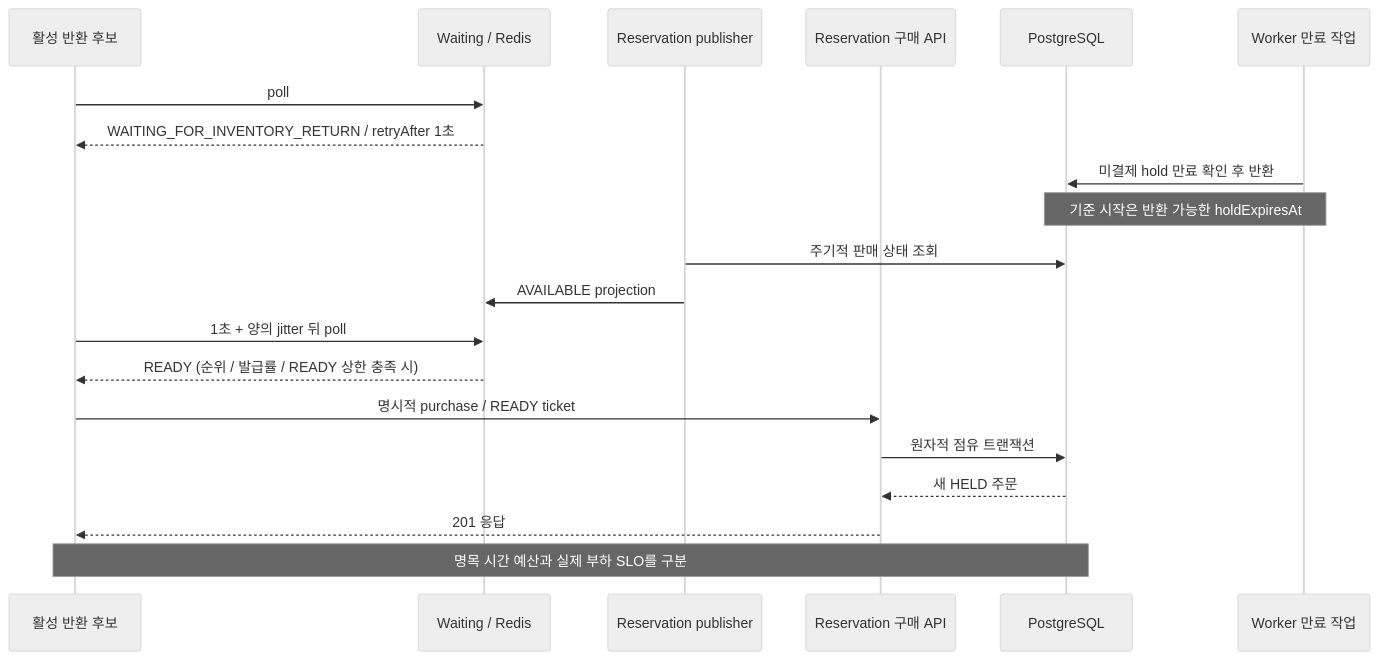
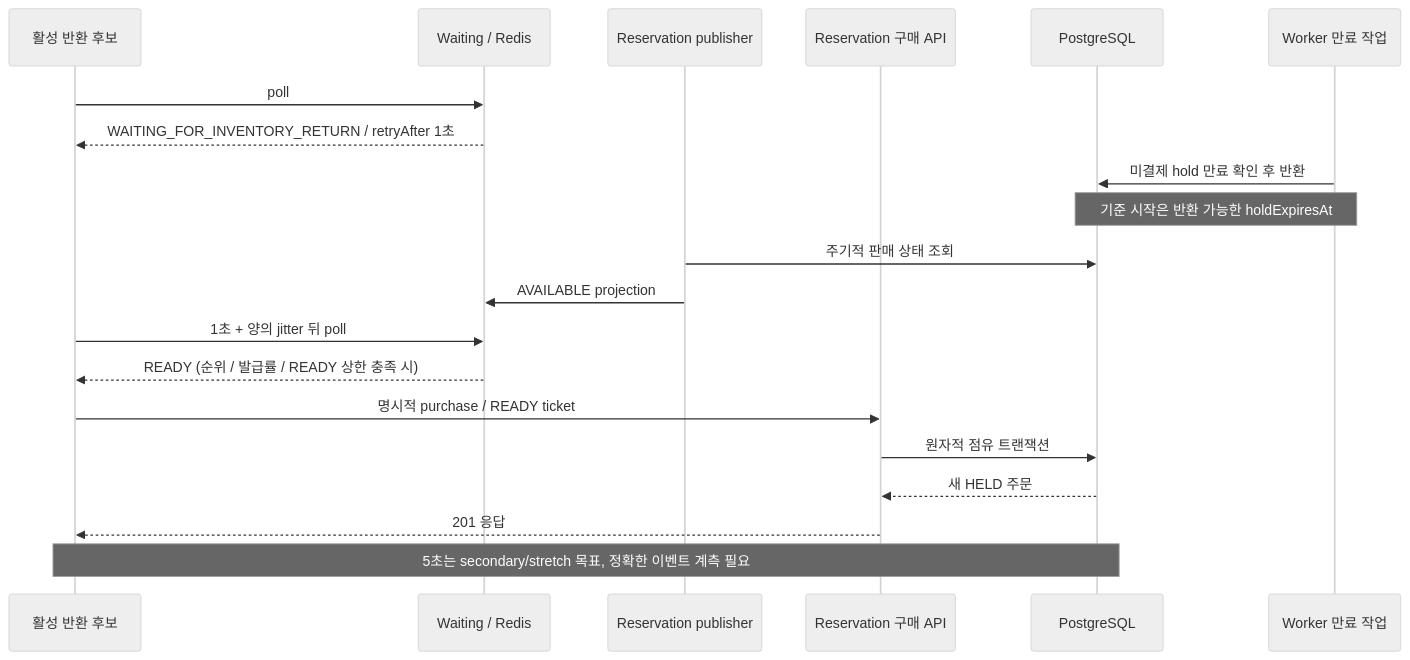
One commit to tldnr1/limited-goods-reservation changed the seventh of 7 diagrams in docs/target-v1-load-scenario.md. Above: the diagram before and after it, drawn with Mermaid (neutral theme). The commit also changed other lines of this file and 4 other files, not shown here.

````diff
--- a/docs/target-v1-load-scenario.md
+++ b/docs/target-v1-load-scenario.md
@@ -142,22 +174,22 @@
 ```mermaid
 sequenceDiagram
   participant B as 활성 반환 후보
   participant W as Waiting / Redis
   participant R as Reservation publisher
   participant A as Reservation 구매 API
   participant D as PostgreSQL
   participant K as Worker 만료 작업
   B->>W: poll
   W-->>B: WAITING_FOR_INVENTORY_RETURN / retryAfter 1초
   K->>D: 미결제 hold 만료 확인 후 반환
   Note over K,D: 기준 시작은 반환 가능한 holdExpiresAt
   R->>D: 주기적 판매 상태 조회
   R->>W: AVAILABLE projection
   B->>W: 1초 + 양의 jitter 뒤 poll
   W-->>B: READY (순위 / 발급률 / READY 상한 충족 시)
   B->>A: 명시적 purchase / READY ticket
   A->>D: 원자적 점유 트랜잭션
   D-->>A: 새 HELD 주문
   A-->>B: 201 응답
-  Note over B,D: 명목 시간 예산과 실제 부하 SLO를 구분
+  Note over B,D: 5초는 secondary/stretch 목표, 정확한 이벤트 계측 필요
 ```
````
